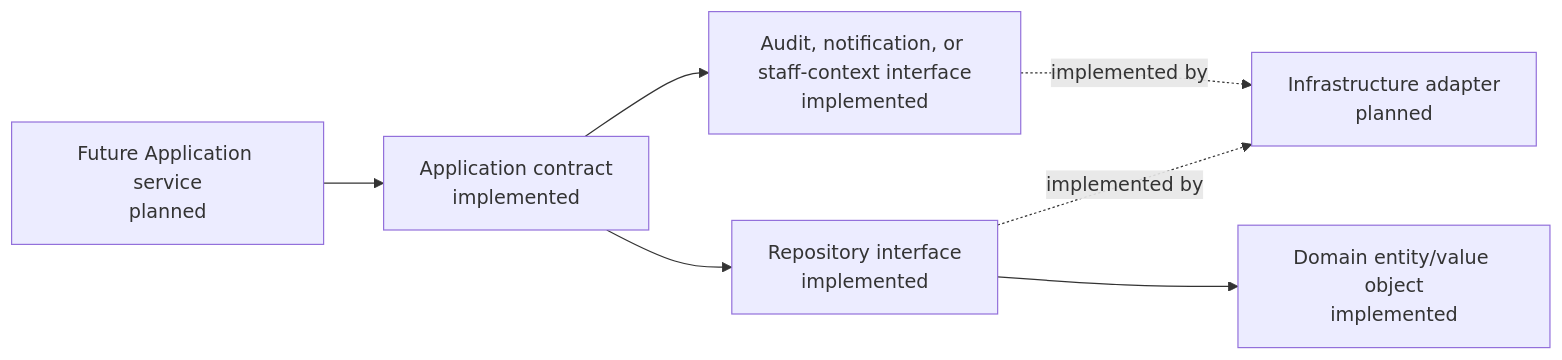
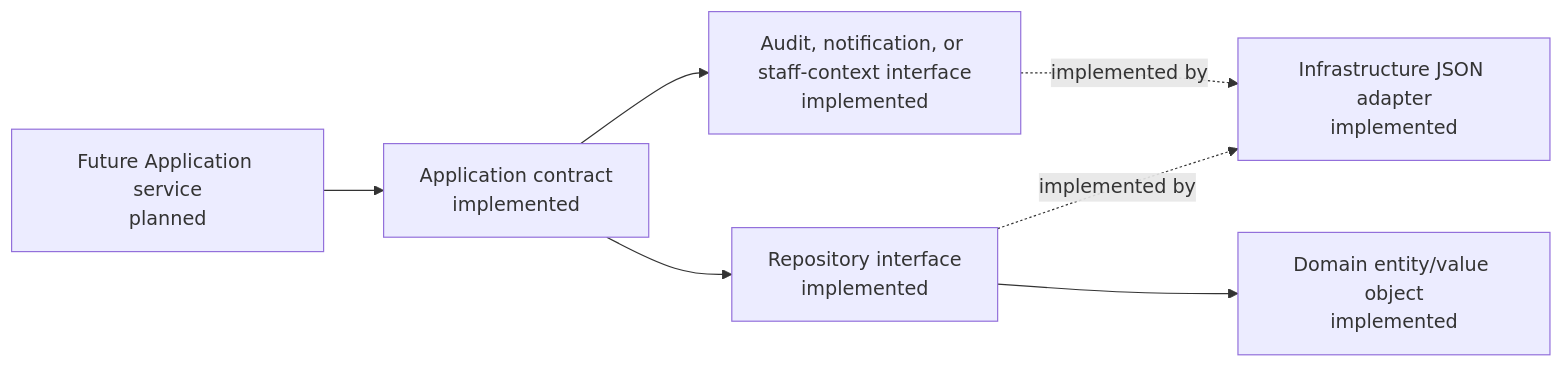
The third of 12 diagrams in DESIGN.md (NarendraDappili/ApexPostLogisticsRepo), drawn with Mermaid before and after one commit. The commit also changed other lines of this file and 10 other files, not shown here.

Commit message:
feat(infrastructure): add asynchronous JSON repositories

````diff
--- a/DESIGN.md
+++ b/DESIGN.md
@@ -51,9 +51,9 @@
 ```mermaid
 flowchart LR
     Consumer[Future Application service<br/>planned] --> Contract[Application contract<br/>implemented]
     Contract --> Repository[Repository interface<br/>implemented]
     Contract --> Capability[Audit, notification, or staff-context interface<br/>implemented]
-    Repository -. implemented by .-> Infrastructure[Infrastructure adapter<br/>planned]
+    Repository -. implemented by .-> Infrastructure[Infrastructure JSON adapter<br/>implemented]
     Capability -. implemented by .-> Infrastructure
     Repository --> Domain[Domain entity/value object<br/>implemented]
 ```
````
